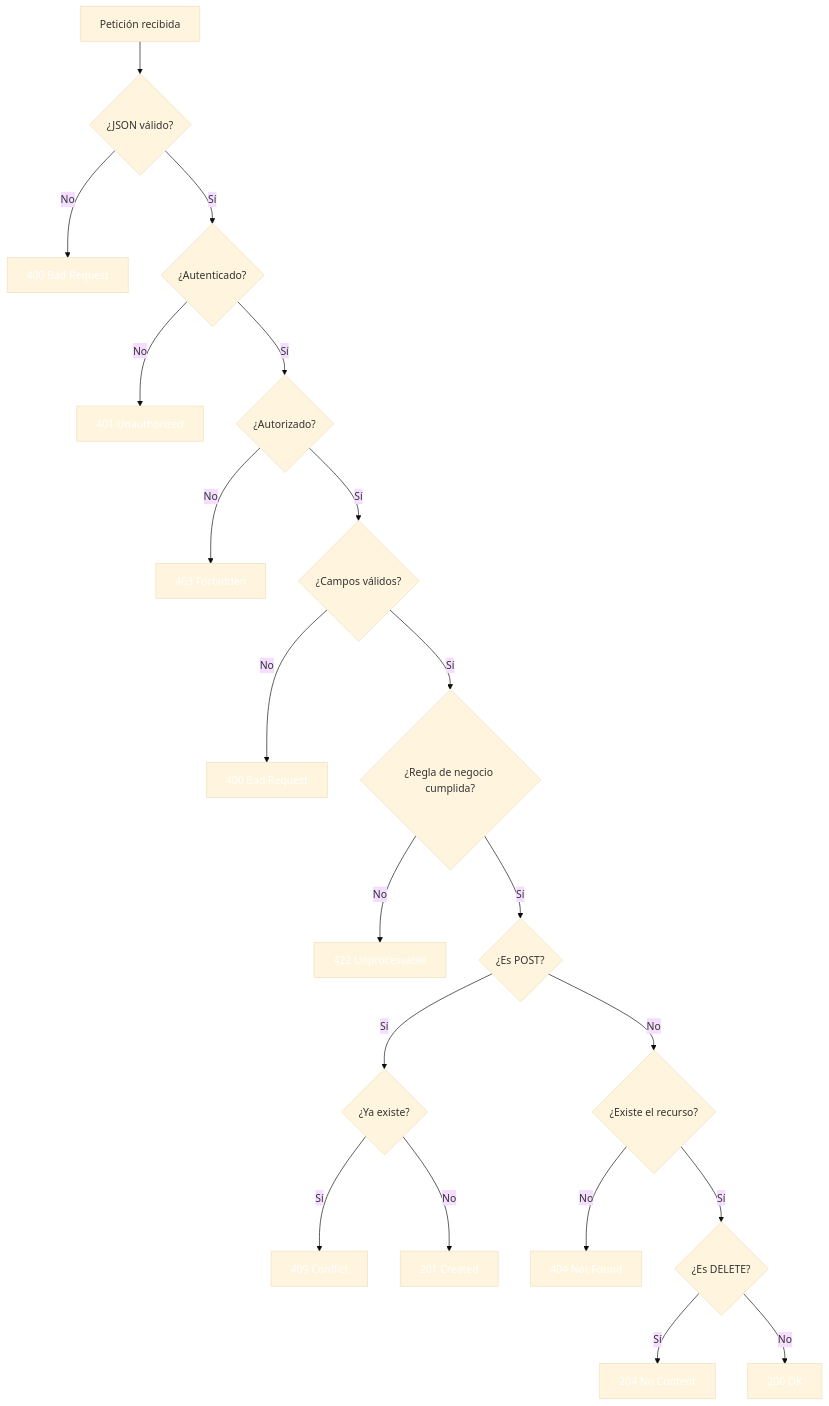
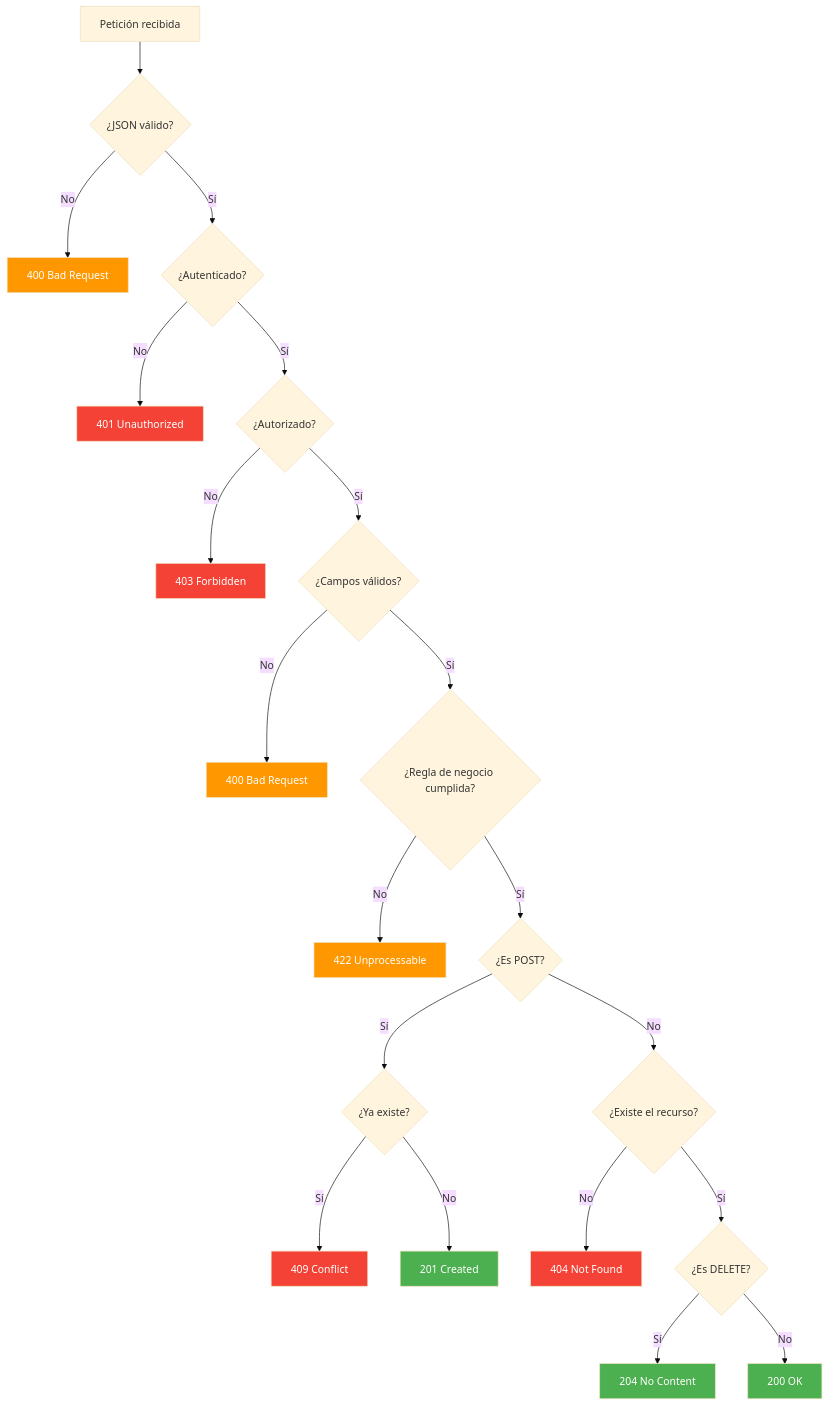
Before and after one commit to joseluisgs/DesarrolloWebEntornosServidor-02-2026-2027: the fourth of 4 diagrams in 02-rest-api.md, drawn with Mermaid (base theme). The commit also changed other lines of this file and 29 other files, not shown here.

Commit message:
docs: corregir estilos Mermaid y estilo, quitar referencias a la Tienda y reestructurar los retos 13 y 15

````diff
--- a/02-rest-api.md
+++ b/02-rest-api.md
@@ -356,32 +356,32 @@
 ```mermaid
 flowchart TD
     A["Petición recibida"] --> B{"¿JSON válido?"}
     B -->|No| C["400 Bad Request"]
     B -->|Sí| D{"¿Autenticado?"}
     D -->|No| E["401 Unauthorized"]
     D -->|Sí| F{"¿Autorizado?"}
     F -->|No| G["403 Forbidden"]
     F -->|Sí| H{"¿Campos válidos?"}
     H -->|No| I["400 Bad Request"]
     H -->|Sí| H2{"¿Regla de negocio cumplida?"}
     H2 -->|No| I2["422 Unprocessable"]
     H2 -->|Sí| J{"¿Es POST?"}
     J -->|Sí| K{"¿Ya existe?"}
     K -->|Sí| L["409 Conflict"]
     K -->|No| M["201 Created"]
     J -->|No| N{"¿Existe el recurso?"}
     N -->|No| O["404 Not Found"]
     N -->|Sí| P{"¿Es DELETE?"}
     P -->|Sí| Q["204 No Content"]
     P -->|No| R["200 OK"]
-    style C fill:#FF980,color:#fff0,color:#fff
-    style E fill:#f4433,color:#fff6,color:#fff
-    style G fill:#f4433,color:#fff6,color:#fff
-    style I fill:#FF980,color:#fff0,color:#fff
-    style I2 fill:#FF980,color:#fff0,color:#fff
-    style L fill:#f4433,color:#fff6,color:#fff
-    style M fill:#4CAF5,color:#fff0,color:#fff
-    style O fill:#f4433,color:#fff6,color:#fff
-    style Q fill:#4CAF5,color:#fff0,color:#fff
-    style R fill:#4CAF5,color:#fff0,color:#fff
+    style C fill:#FF9800,color:#fff
+    style E fill:#f44336,color:#fff
+    style G fill:#f44336,color:#fff
+    style I fill:#FF9800,color:#fff
+    style I2 fill:#FF9800,color:#fff
+    style L fill:#f44336,color:#fff
+    style M fill:#4CAF50,color:#fff
+    style O fill:#f44336,color:#fff
+    style Q fill:#4CAF50,color:#fff
+    style R fill:#4CAF50,color:#fff
 ```
````
